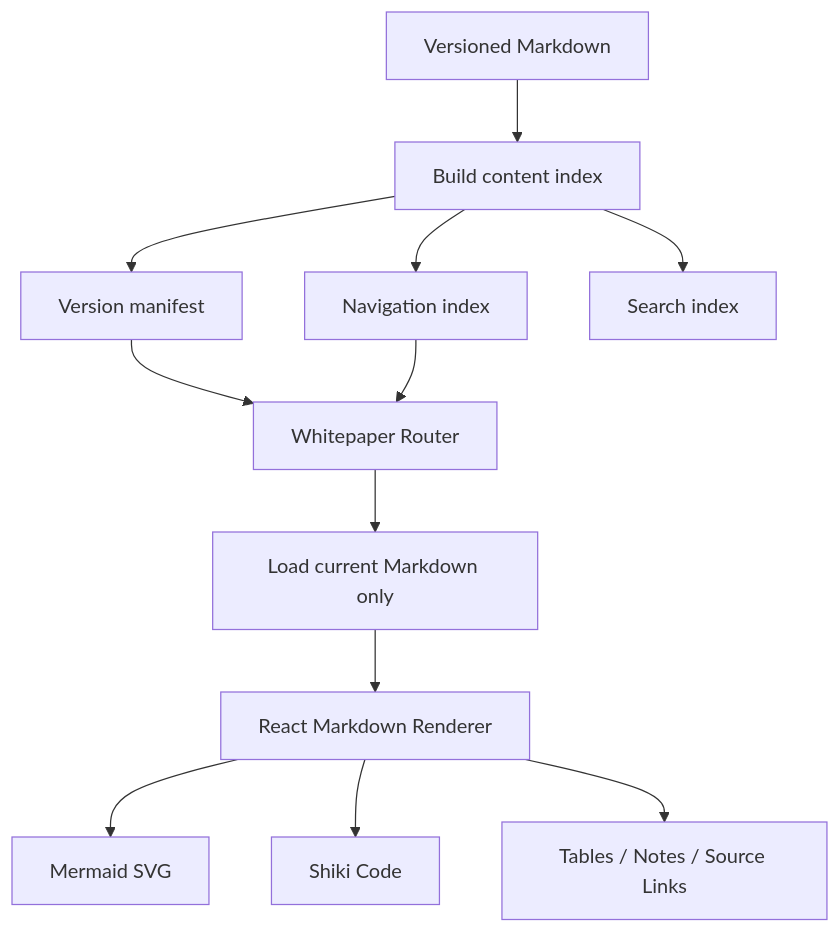
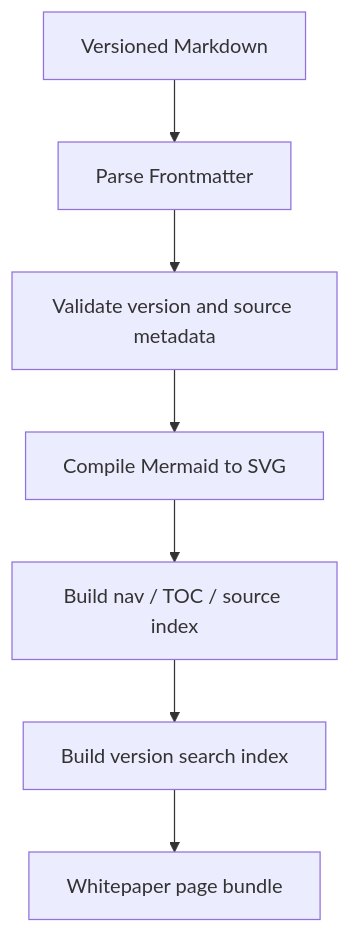
Before and after one commit to 0326/dsh-plugin-market: the second of 4 diagrams in docs/DSH_WHITEPAPER_TECHNICAL_PLAN.md, drawn with Mermaid. The commit also changed other lines of this file, not shown here.

Commit message:
docs: refine DSH living whitepaper architecture and generation pipeline

````diff
--- a/docs/DSH_WHITEPAPER_TECHNICAL_PLAN.md
+++ b/docs/DSH_WHITEPAPER_TECHNICAL_PLAN.md
@@ -322,14 +383,9 @@
 ```mermaid
 flowchart TD
-    A[Versioned Markdown] --> B[Build content index]
-    B --> C[Version manifest]
-    B --> D[Navigation index]
-    B --> E[Search index]
-    C --> F[Whitepaper Router]
-    D --> F
-    F --> G[Load current Markdown only]
-    G --> H[React Markdown Renderer]
-    H --> I[Mermaid SVG]
-    H --> J[Shiki Code]
-    H --> K[Tables / Notes / Source Links]
+    A[Versioned Markdown] --> B[Parse Frontmatter]
+    B --> C[Validate version and source metadata]
+    C --> D[Compile Mermaid to SVG]
+    D --> E[Build nav / TOC / source index]
+    E --> F[Build version search index]
+    F --> G[Whitepaper page bundle]
 ```
````
